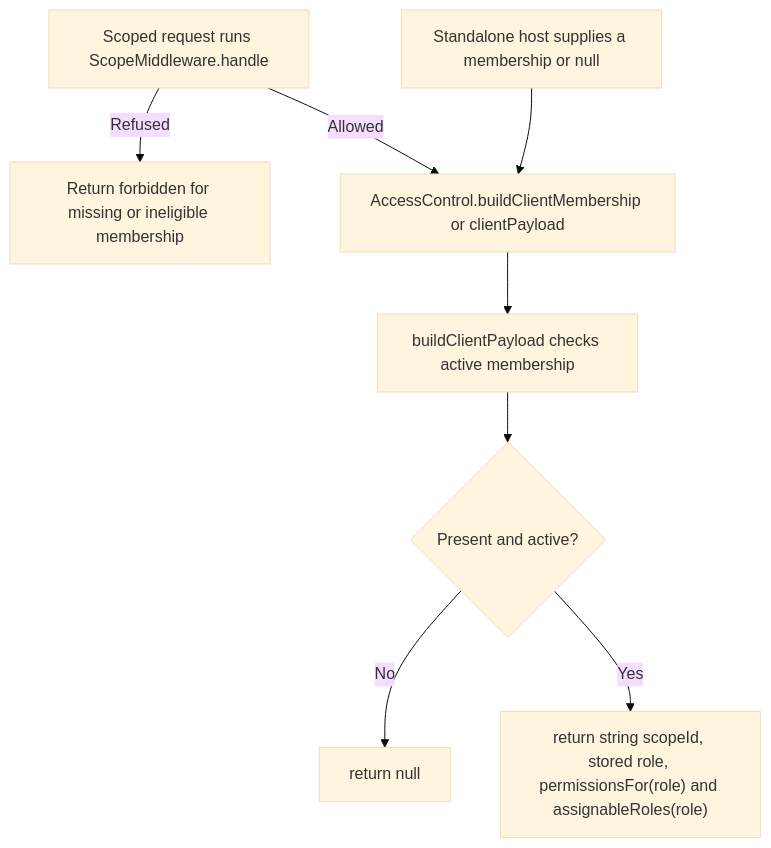
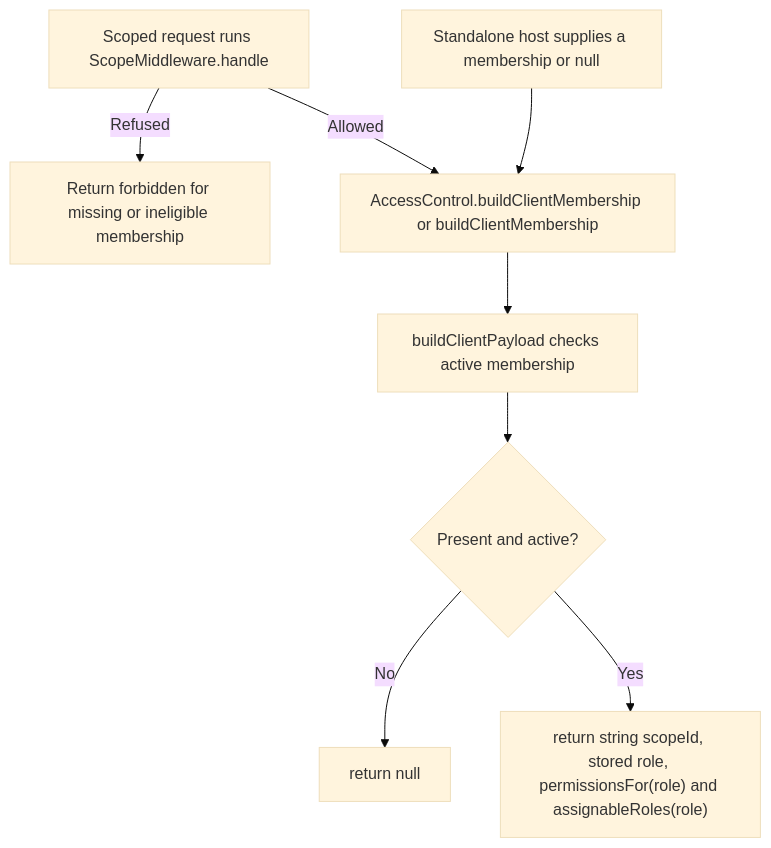
Before and after one commit to Kevinjohn/oss-adonisjs-access-control: the second of 2 diagrams in user-stories/US-ACCESS-12-share-client-permissions.md, drawn with Mermaid (base theme). The commit also changed other lines of this file and 92 other files, not shown here.

Commit message:
Align Access Control with package conventions

````diff
--- a/user-stories/US-ACCESS-12-share-client-permissions.md
+++ b/user-stories/US-ACCESS-12-share-client-permissions.md
@@ -37,10 +37,10 @@
 ```mermaid
 flowchart TD
     R["Scoped request runs ScopeMiddleware.handle"] -->|Refused| X["Return forbidden for missing or ineligible membership"]
-    R -->|Allowed| A["AccessControl.buildClientMembership or clientPayload"]
+    R -->|Allowed| A["AccessControl.buildClientMembership or buildClientMembership"]
     S["Standalone host supplies a membership or null"] --> A
     A --> B["buildClientPayload checks active membership"]
     B --> C{"Present and active?"}
     C -->|No| D["return null"]
     C -->|Yes| E["return string scopeId, stored role, permissionsFor(role) and assignableRoles(role)"]
 ```
````
